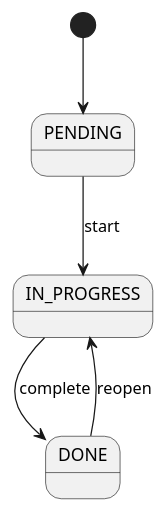
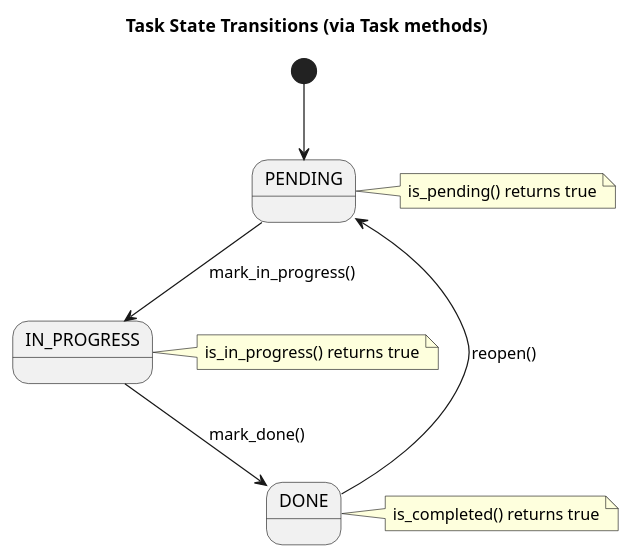
The diagram in experiments/broadcast/test_driven/TODO/artifacts/state_diagram.puml (DanielRiha8906/Software_autoevolution_using_agents), drawn with PlantUML before and after one commit. The commit also changed 9 other files, not shown here.

First line of the commit message:
task 02 | broadcast / test_driven / TODO: add status transition methods to Task

```diff
--- a/experiments/broadcast/test_driven/TODO/artifacts/state_diagram.puml
+++ b/experiments/broadcast/test_driven/TODO/artifacts/state_diagram.puml
@@ -1,9 +1,23 @@
-@startuml
+@startuml state_diagram
+
+title Task State Transitions (via Task methods)
 
 [*] --> PENDING
 
-PENDING --> IN_PROGRESS : start
-IN_PROGRESS --> DONE : complete
-DONE --> IN_PROGRESS : reopen
+PENDING --> IN_PROGRESS : mark_in_progress()
+IN_PROGRESS --> DONE : mark_done()
+DONE --> PENDING : reopen()
+
+note right of PENDING
+  is_pending() returns true
+end note
+
+note right of IN_PROGRESS
+  is_in_progress() returns true
+end note
+
+note right of DONE
+  is_completed() returns true
+end note
 
 @enduml
```
